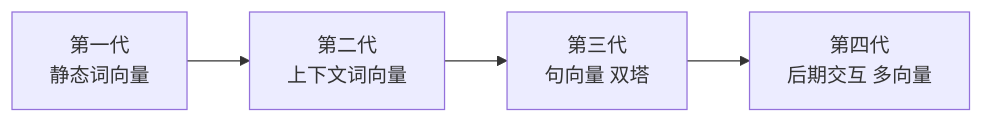
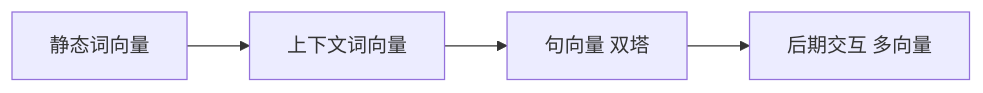
The first of 3 diagrams in docs/rag/02-ingestion-indexing/06-embedding-principles.md (oneleaveknowsthefall/awesome-ai-roadmap), drawn with Mermaid before and after one commit. The commit also changed other lines of this file and 24 other files, not shown here.

````diff
--- a/docs/rag/02-ingestion-indexing/06-embedding-principles.md
+++ b/docs/rag/02-ingestion-indexing/06-embedding-principles.md
@@ -30,6 +30,6 @@
 ```mermaid
 flowchart LR
-    G1[第一代<br/>静态词向量] --> G2[第二代<br/>上下文词向量]
-    G2 --> G3[第三代<br/>句向量 双塔]
-    G3 --> G4[第四代<br/>后期交互 多向量]
+    G1[静态词向量] --> G2[上下文词向量]
+    G2 --> G3[句向量 双塔]
+    G3 --> G4[后期交互 多向量]
 ```
````
